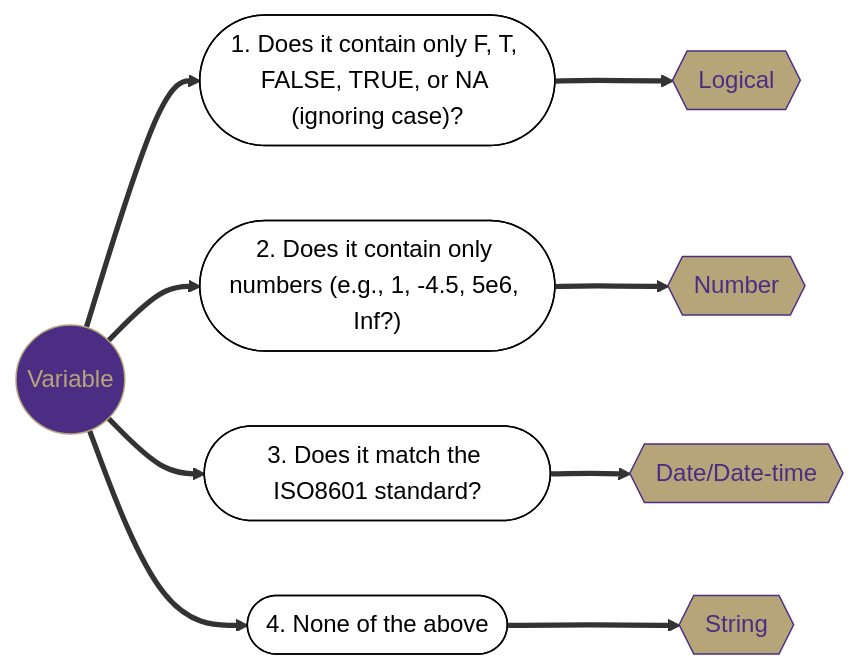
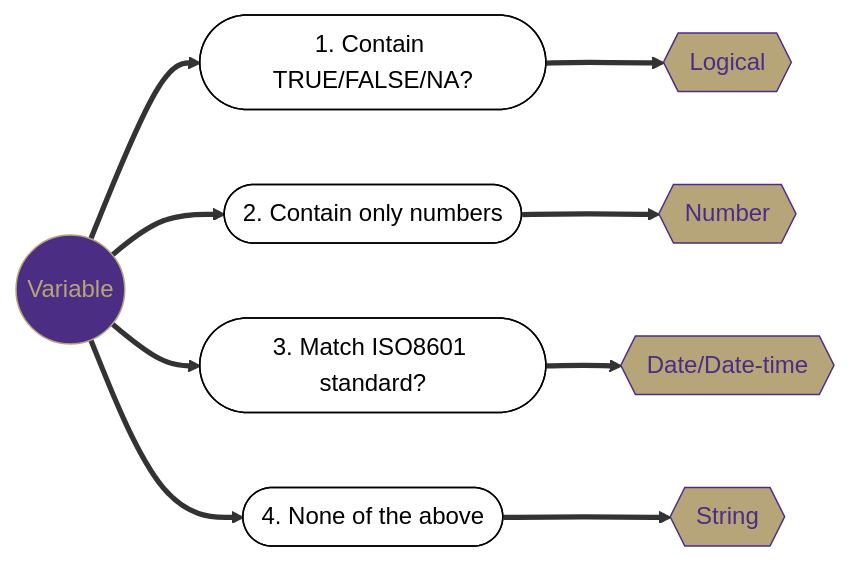
One commit to vsass/vsass.github.io changed the first of 5 diagrams in workshops/data_wrangling_r.qmd. Above: the diagram before and after it, drawn with Mermaid. The commit also changed other lines of this file and 9 other files, not shown here.

````diff
--- a/workshops/data_wrangling_r.qmd
+++ b/workshops/data_wrangling_r.qmd
@@ -342,21 +342,21 @@
 ```{mermaid}
 %%| echo: false
 %%| fig-width: 11
 %%| fig-height: 5.5
 %%| fig-align: center
 flowchart LR
-    id1((Variable))==>A(["1. Does it contain only F, T, FALSE, TRUE, or NA (ignoring case)?"])==>id2{{Logical}}
-    id1((Variable))==>B(["2. Does it contain only numbers (e.g., 1, -4.5, 5e6, Inf?)"])==>id3{{Number}}
-    id1((Variable))==>C(["3. Does it match the ISO8601 standard?"])==>id4{{Date/Date-time}}
+    id1((Variable))==>A(["1. Contain TRUE/FALSE/NA?"])==>id2{{Logical}}
+    id1((Variable))==>B(["2. Contain only numbers"])==>id3{{Number}}
+    id1((Variable))==>C(["3. Match ISO8601 standard?"])==>id4{{Date/Date-time}}
     id1((Variable))==>D(["4. None of the above"])==>id5{{String}}
     style id1 fill:#4B2E83,color:#B7A57A,stroke:#B7A57A
     style id2 fill:#B7A57A,color:#4B2E83,stroke:#4B2E83
     style id3 fill:#B7A57A,color:#4B2E83,stroke:#4B2E83
     style id4 fill:#B7A57A,color:#4B2E83,stroke:#4B2E83
     style id5 fill:#B7A57A,color:#4B2E83,stroke:#4B2E83
     style A fill:#FFFFFF,color:#000000,stroke:#000000
     style B fill:#FFFFFF,color:#000000,stroke:#000000
     style C fill:#FFFFFF,color:#000000,stroke:#000000
     style D fill:#FFFFFF,color:#000000,stroke:#000000
 
 ```
````
